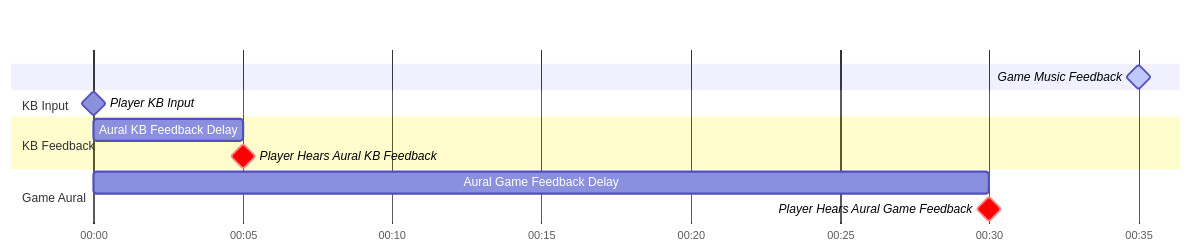
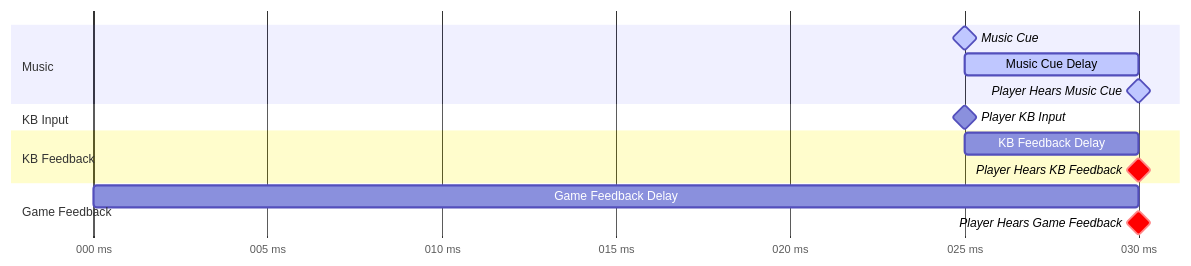
The fifth of 12 diagrams in _posts/2024-10-04-hitsounds.md (Eve-ning/Eve-ning.github.io), drawn with Mermaid before and after one commit. The commit also changed other lines of this file, not shown here.

````diff
--- a/_posts/2024-10-04-hitsounds.md
+++ b/_posts/2024-10-04-hitsounds.md
@@ -213,17 +229,22 @@
 ```mermaid
 gantt
-  dateFormat mm:ss
-  axisFormat %M:%S
+  dateFormat SSS
+  axisFormat %L ms
+  tickInterval 5millisecond
 
-  Game Music Feedback: active, milestone, 00:35,
+  section Music
+    Music Cue: active, milestone, 025,
+    Music Cue Delay: active, 025, 030
+    Player Hears Music Cue: active, milestone, 030,
+
   section KB Input
-    Player KB Input: milestone, 00:00,
+    Player KB Input: milestone, 025,
 
   section KB Feedback
-    Aural KB Feedback Delay: 00:00, 00:05
-    Player Hears Aural KB Feedback: crit, milestone, 00:05,
+    KB Feedback Delay: 025, 030
+    Player Hears KB Feedback: crit, milestone, 030,
 
-  section Game Aural
-    Aural Game Feedback Delay: 00:00, 00:30
-    Player Hears Aural Game Feedback: crit, milestone, 00:30,
+  section Game Feedback
+    Game Feedback Delay: 000, 030
+    Player Hears Game Feedback: crit, milestone, 030,
 ```
````
